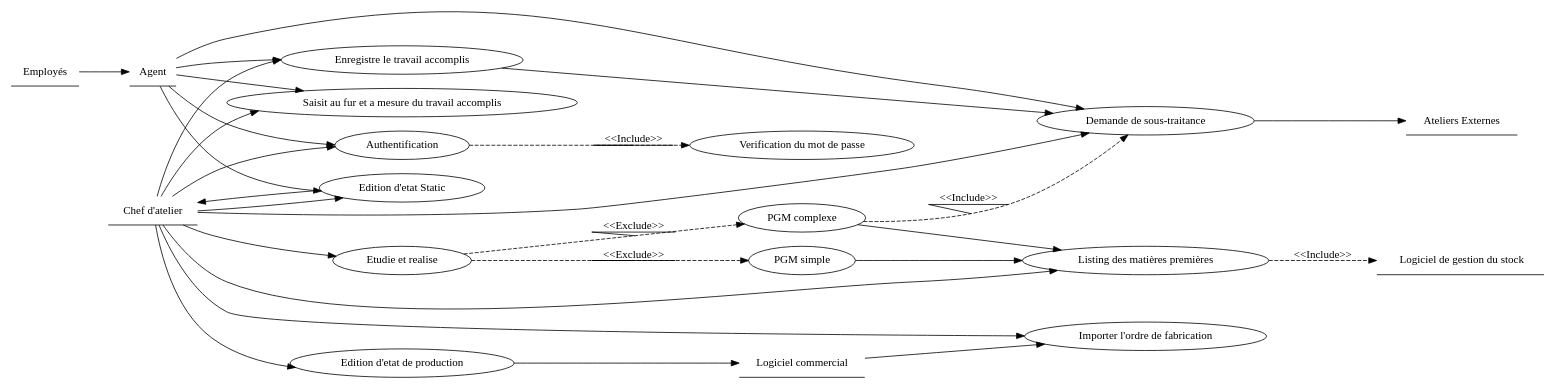
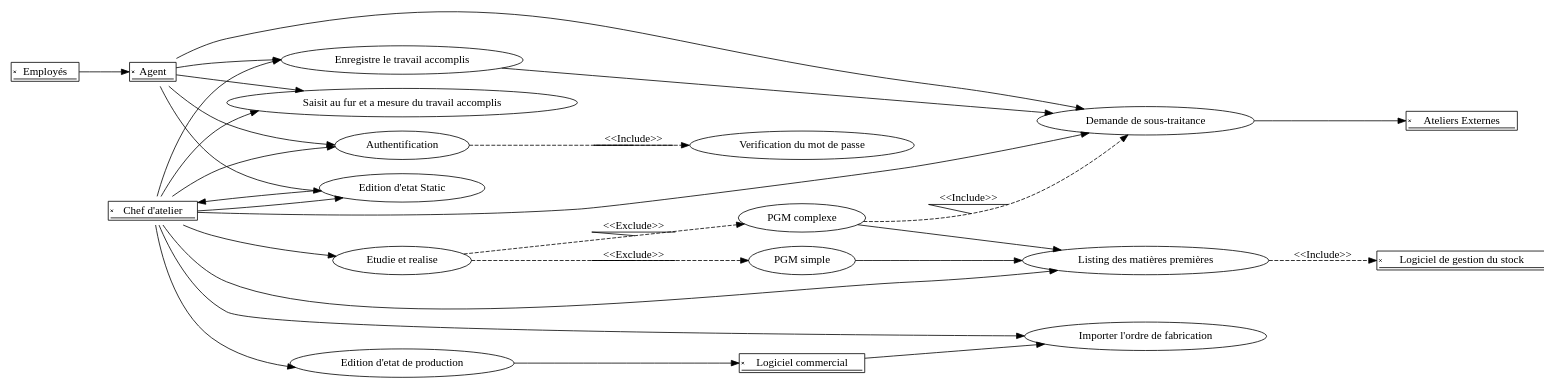
The diagram in UML/useCaseDiagram2.dot (Jeremy-Huleux/ExerciceCDA), drawn with Graphviz before and after one commit. The commit also changed 1 other file, not shown here.

```diff
--- a/UML/useCaseDiagram2.dot
+++ b/UML/useCaseDiagram2.dot
@@ -1,61 +1,61 @@
 digraph UseCaseDiagram {
     rankdir=LR;
     size="20";
 
     // Acteurs
 
-    Chef [label="Chef d'atelier", shape=underline];
-    LogicielCommercial [label="Logiciel commercial", shape=underline];
-    LogicielStock [label="Logiciel de gestion du stock", shape=underline];
-    AtelierExternes [label="Ateliers Externes", shape=underline];
-    Agent [label="Agent", shape=underline];
-    Employe [label="Employés", shape=underline];
+    Chef [label="Chef d'atelier", shape=signature];
+    LogicielCommercial [label="Logiciel commercial", shape=signature];
+    LogicielStock [label="Logiciel de gestion du stock", shape=signature];
+    AtelierExternes [label="Ateliers Externes", shape=signature];
+    Agent [label="Agent", shape=signature];
+    Employe [label="Employés", shape=signature];
   
 
 
     // Cas d'utilisation
 
     Importer [label="Importer l'ordre de fabrication", shape=ellipse];
     Suivis [label="Etudie et realise", shape=ellipse];
     PgmSimple [label="PGM simple", shape=ellipse];
     PgmComplexe [label="PGM complexe", shape=ellipse];
     Listing [label="Listing des matières premières", shape=ellipse];
     Soustraitance [label="Demande de sous-traitance", shape=ellipse];
     Saisie [label="Saisit au fur et a mesure du travail accomplis", shape=ellipse];
     Enregistre [label="Enregistre le travail accomplis", shape=ellipse];
     EtatdeProd [label="Edition d'etat de production", shape=ellipse];
     EtatStatic [label="Edition d'etat Static", shape=ellipse];
     Authentification [label="Authentification", shape=ellipse];
     MotdePasse [label="Verification du mot de passe", shape=ellipse];
 
     // Relations entre les acteurs et les cas d'utilisation
     LogicielCommercial -> Importer;
     Chef -> Importer;
     Chef -> Suivis;
     Suivis -> PgmSimple [label="<<Exclude>>" decorate=true style=dashed];
     Suivis -> PgmComplexe [label="<<Exclude>>" decorate=true style=dashed];
     PgmComplexe -> Soustraitance [label="<<Include>>" decorate=true style=dashed];
     Soustraitance -> AtelierExternes;
     PgmComplexe -> Listing;
     PgmSimple -> Listing;
     Chef -> Listing;
     Agent -> Soustraitance;
     Agent -> Saisie;
     Chef -> Saisie;
     Listing -> LogicielStock [label="<<Include>>" decorate=false style=dashed];
     Employe -> Agent;
     Chef -> EtatdeProd;
     Enregistre -> Soustraitance;
     Agent -> Enregistre;
     Chef -> Enregistre;
     Chef -> Soustraitance;
     Agent -> EtatStatic;
     Chef -> EtatStatic;
     Agent -> Authentification;
     Chef -> Authentification;
     Authentification -> MotdePasse [label="<<Include>>" decorate=true style=dashed];
     EtatStatic -> Chef;
     EtatdeProd -> LogicielCommercial;
 
     //[label="TEST" decorate=true style=dashed] pointiller type trait avec un texte sur la fleche
 }
```
